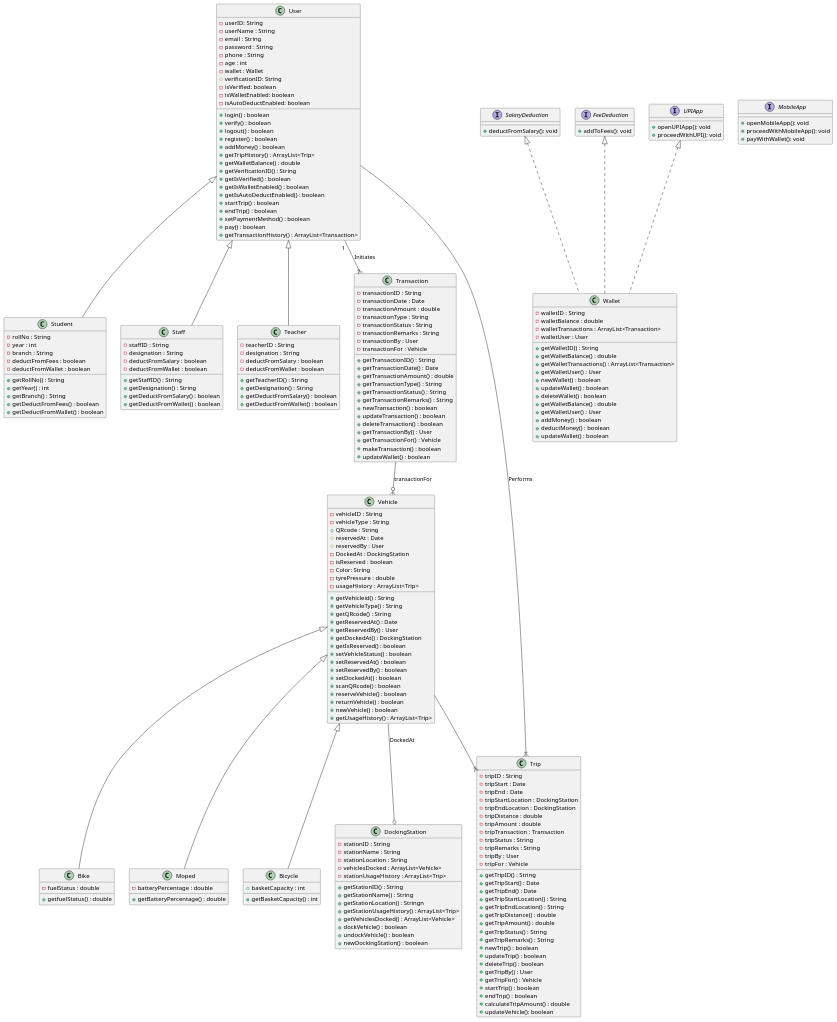
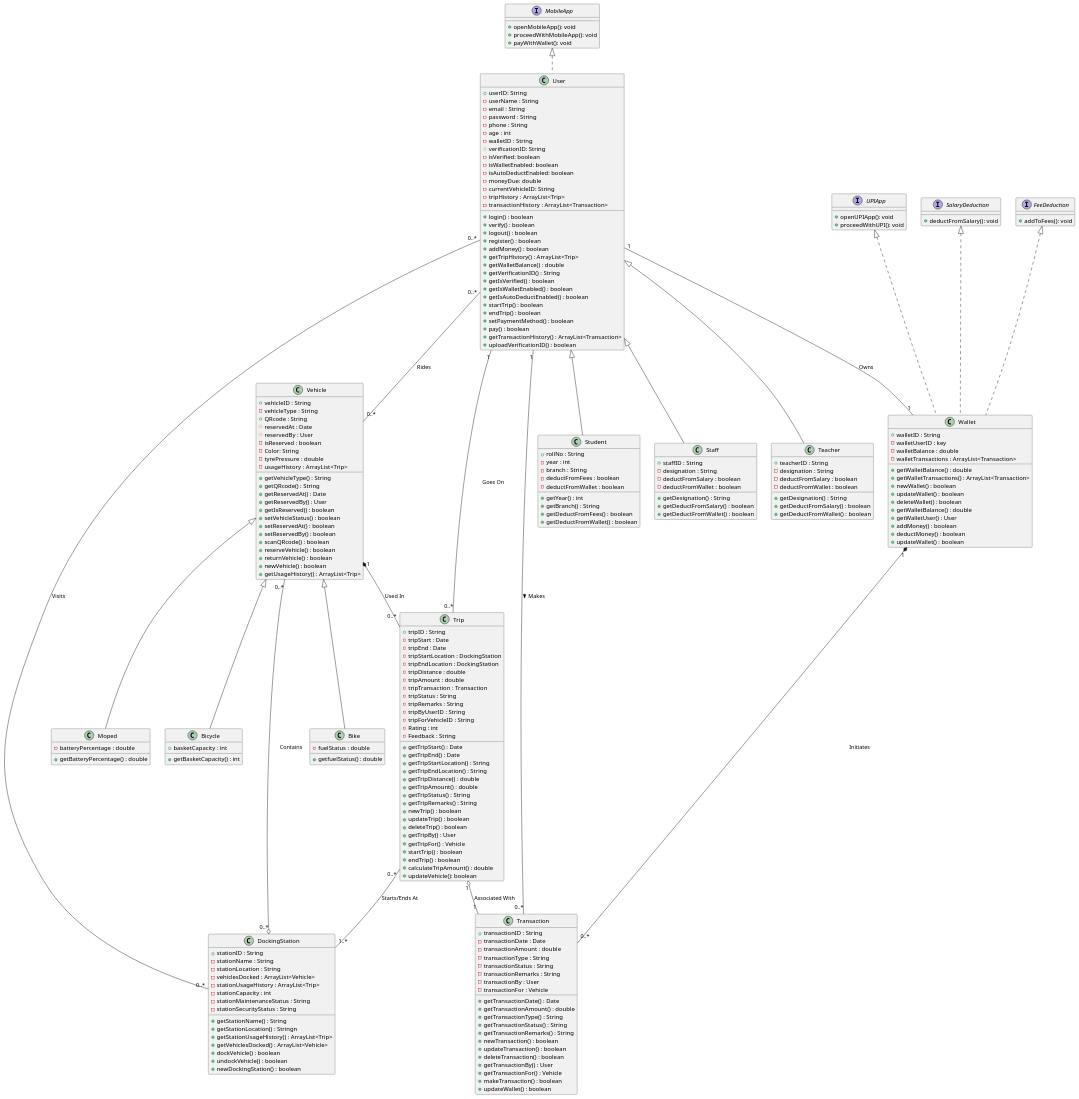
Before and after one commit to ROHIT32767/Smart-Vehicle-Booking-System: the diagram in A1-Class.puml, drawn with PlantUML.

Commit message:
Add User implementation and inheritance hierarchy

```diff
--- a/A1-Class.puml
+++ b/A1-Class.puml
@@ -40,16 +40,20 @@
 @startuml
-class User{
-    - userID: String 
+class User implements MobileApp{
+    + userID: String 
     - userName : String
     - email : String
     - password : String
     - phone : String
     - age : int
-    - wallet : Wallet
+    - walletID : String
     # verificationID: String
     - isVerified: boolean
     - isWalletEnabled: boolean
     - isAutoDeductEnabled: boolean
+    - moneyDue: double
+    - currentVehicleID: String
+    - tripHistory : ArrayList<Trip>
+    - transactionHistory : ArrayList<Transaction>
     +login() : boolean
     +verify() : boolean
     +logout() : boolean
@@ -66,62 +70,56 @@
     +setPaymentMethod() : boolean
     +pay() : boolean
     +getTransactionHistory() : ArrayList<Transaction>
+    +uploadVerificationID() : boolean
 }
 class Student extends User{
-    - rollNo : String
+    + rollNo : String
     - year : int
     - branch : String
     - deductFromFees : boolean
     - deductFromWallet : boolean
-    +getRollNo() : String
     +getYear() : int
     +getBranch() : String
     +getDeductFromFees() : boolean
     +getDeductFromWallet() : boolean
 }
 class Staff extends User{
-    - staffID : String
+    + staffID : String
     - designation : String
     - deductFromSalary : boolean
     - deductFromWallet : boolean
-    +getStaffID() : String
     +getDesignation() : String
     +getDeductFromSalary() : boolean
     +getDeductFromWallet() : boolean
 }
 class Teacher extends User{
-    - teacherID : String
+    + teacherID : String
     - designation : String
     - deductFromSalary : boolean
     - deductFromWallet : boolean
-    +getTeacherID() : String
     +getDesignation() : String
     +getDeductFromSalary() : boolean
     +getDeductFromWallet() : boolean
 }
 
 class Vehicle{
-    -vehicleID : String
+    +vehicleID : String
     -vehicleType : String
     + QRcode : String
     # reservedAt : Date
     # reservedBy : User
-    - DockedAt : DockingStation
     - isReserved : boolean
     - Color: String
     - tyrePressure : double
     - usageHistory : ArrayList<Trip>
-    +getVehicleid() : String
     +getVehicleType() : String
     +getQRcode() : String
     +getReservedAt() : Date
     +getReservedBy() : User
-    +getDockedAt() : DockingStation
     +getIsReserved() : boolean
     +setVehicleStatus() : boolean
     +setReservedAt() : boolean
     +setReservedBy() : boolean
-    +setDockedAt() : boolean
     +scanQRcode() : boolean
     +reserveVehicle() : boolean
     +returnVehicle() : boolean
@@ -142,12 +140,14 @@
 }
 
 class DockingStation{
-    - stationID : String
+    + stationID : String
     - stationName : String
     - stationLocation : String
     - vehiclesDocked : ArrayList<Vehicle>
     - stationUsageHistory : ArrayList<Trip>
-    + getStationID() : String
+    - stationCapacity : int
+    - stationMaintenanceStatus : String
+    - stationSecurityStatus : String
     + getStationName() : String
     + getStationLocation() : Stringn
     + getStationUsageHistory() : ArrayList<Trip>
@@ -158,7 +158,7 @@
 }
 
 class Transaction{
-    - transactionID : String
+    + transactionID : String
     - transactionDate : Date
     - transactionAmount : double
     - transactionType : String
@@ -166,7 +166,6 @@
     - transactionRemarks : String
     - transactionBy : User
     - transactionFor : Vehicle
-    + getTransactionID() : String
     + getTransactionDate() : Date
     + getTransactionAmount() : double
     + getTransactionType() : String
@@ -182,7 +181,7 @@
 }
 
 class Trip{
-    - tripID : String
+    + tripID : String
     - tripStart : Date
     - tripEnd : Date
     - tripStartLocation : DockingStation
@@ -192,9 +191,10 @@
     - tripTransaction : Transaction
     - tripStatus : String
     - tripRemarks : String
-    - tripBy : User
-    - tripFor : Vehicle
-    + getTripID() : String
+    - tripByUserID : String
+    - tripForVehicleID : String
+    - Rating : int
+    - Feedback : String
     + getTripStart() : Date
     + getTripEnd() : Date
     + getTripStartLocation() : String
@@ -215,14 +215,12 @@
 }
 
 class Wallet implements SalaryDeduction, FeeDeduction , UPIApp{
-    - walletID : String
+    + walletID : String
+    - walletUserID : key
     - walletBalance : double
     - walletTransactions : ArrayList<Transaction>
-    - walletUser : User
-    + getWalletID() : String
     + getWalletBalance() : double
     + getWalletTransactions() : ArrayList<Transaction>
-    + getWalletUser() : User
     + newWallet() : boolean
     + updateWallet() : boolean
     + deleteWallet() : boolean
@@ -252,14 +250,14 @@
   + addToFees(): void
 }
 
-User " 1 "--|{ Transaction: Initiates
-User --|{ Trip: Performs
-Vehicle --|{ Trip
-Vehicle --o DockingStation: DockedAt
-Transaction --o{ Vehicle: transactionFor
-
-
-
-
-
+User "1" -- "0..*" Trip : Goes On
+Trip "0..*" -- "1..*" DockingStation : Starts/Ends At
+Vehicle "1" *-- "0..*" Trip : Used In
+Trip "1" o-- "1" Transaction : Associated With
+User "1" -- "0..*" Transaction : Makes >
+DockingStation "0..*" o-- "0..*" Vehicle : Contains
+User "1" -- "1" Wallet : Owns
+Wallet "1" *-- "0..*" Transaction : Initiates
+User "0..*" -- "0..*" Vehicle : Rides
+User "0..*" -- "0..*" DockingStation : Visits
 @enduml
```
